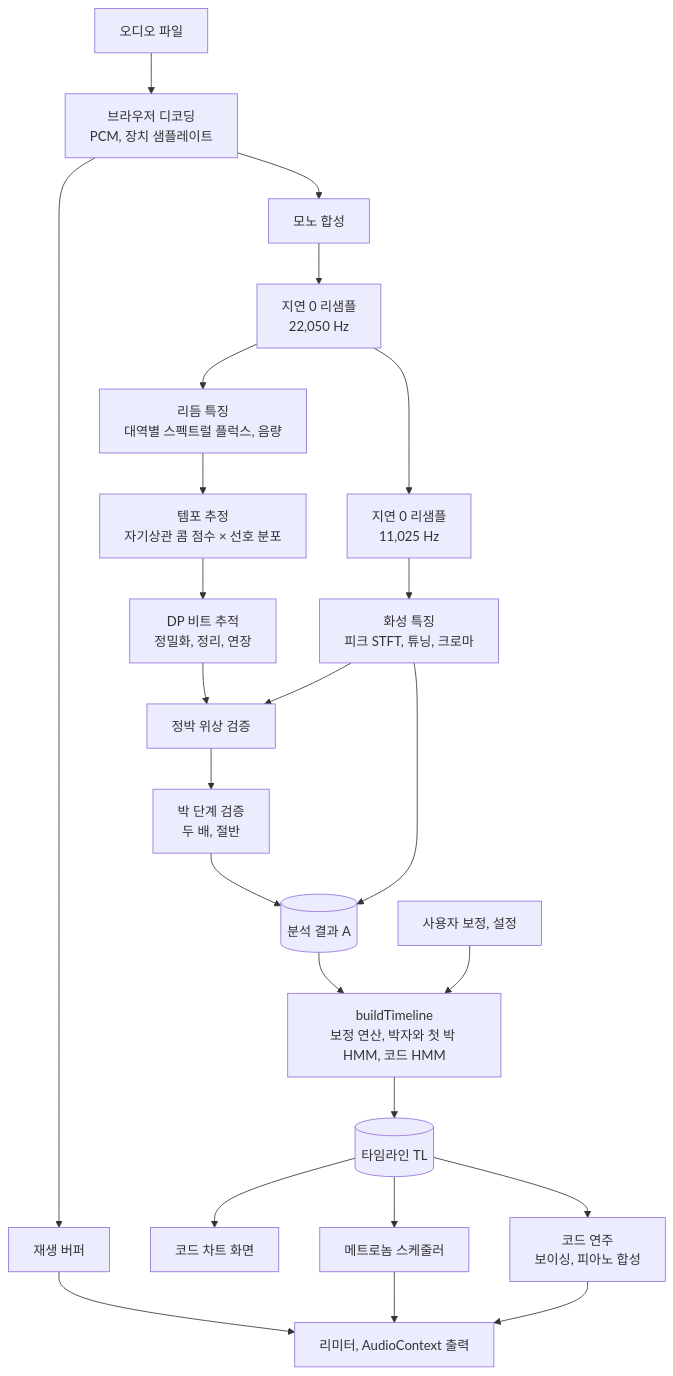
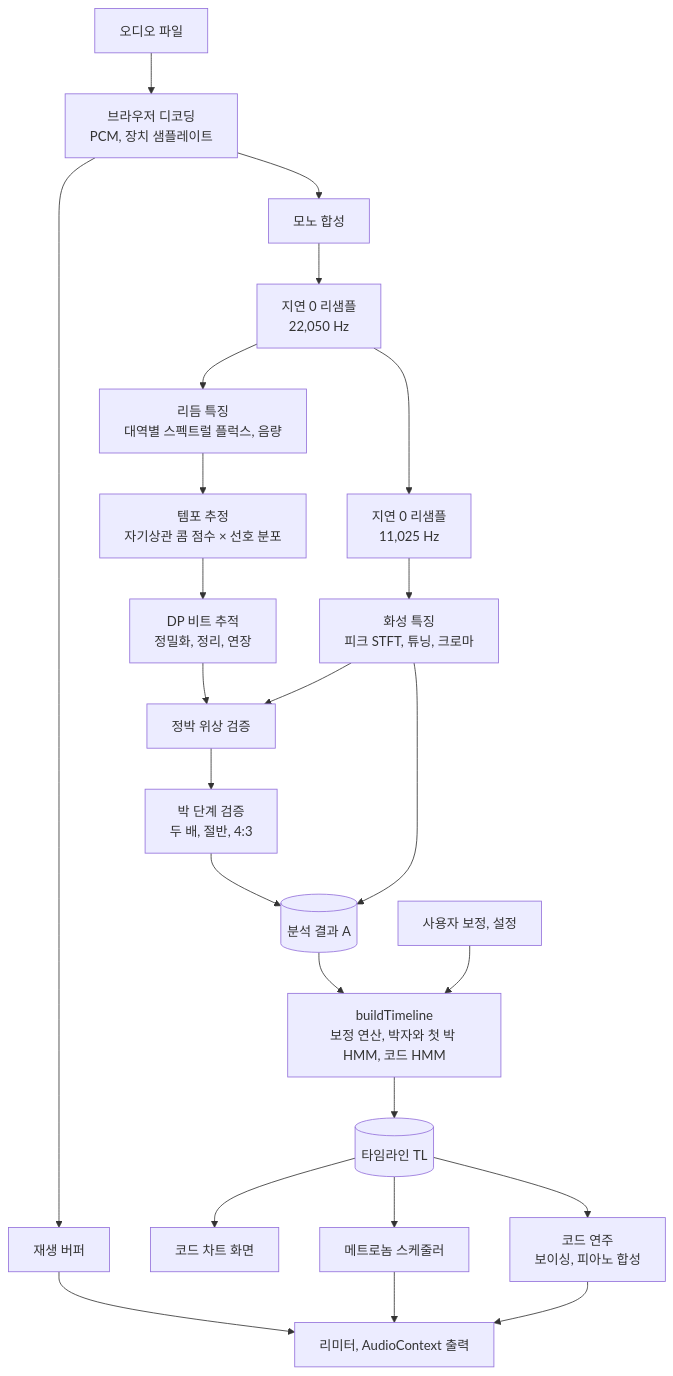
The first of 3 diagrams in README.md (Velvitty/Chordity), drawn with Mermaid before and after one commit. The commit also changed other lines of this file and 4 other files, not shown here.

````diff
--- a/README.md
+++ b/README.md
@@ -308,26 +308,26 @@
 ```mermaid
 flowchart TD
   F["오디오 파일"] --> D["브라우저 디코딩<br/>PCM, 장치 샘플레이트"]
   D --> PB["재생 버퍼"]
   D --> MO["모노 합성"]
   MO --> R22["지연 0 리샘플<br/>22,050 Hz"]
   R22 --> R11["지연 0 리샘플<br/>11,025 Hz"]
   R22 --> RF["리듬 특징<br/>대역별 스펙트럴 플럭스, 음량"]
   R11 --> HF["화성 특징<br/>피크 STFT, 튜닝, 크로마"]
   RF --> TP["템포 추정<br/>자기상관 콤 점수 × 선호 분포"]
   TP --> DP["DP 비트 추적<br/>정밀화, 정리, 연장"]
   DP --> PC["정박 위상 검증"]
   HF --> PC
-  PC --> LC["박 단계 검증<br/>두 배, 절반"]
+  PC --> LC["박 단계 검증<br/>두 배, 절반, 4:3"]
   LC --> A[("분석 결과 A")]
   HF --> A
   A --> BT["buildTimeline<br/>보정 연산, 박자와 첫 박 HMM, 코드 HMM"]
   U["사용자 보정, 설정"] --> BT
   BT --> TL[("타임라인 TL")]
   TL --> CH["코드 차트 화면"]
   TL --> SC["메트로놈 스케줄러"]
   TL --> PS["코드 연주<br/>보이싱, 피아노 합성"]
   PB --> OUT["리미터, AudioContext 출력"]
   SC --> OUT
   PS --> OUT
 ```
````
